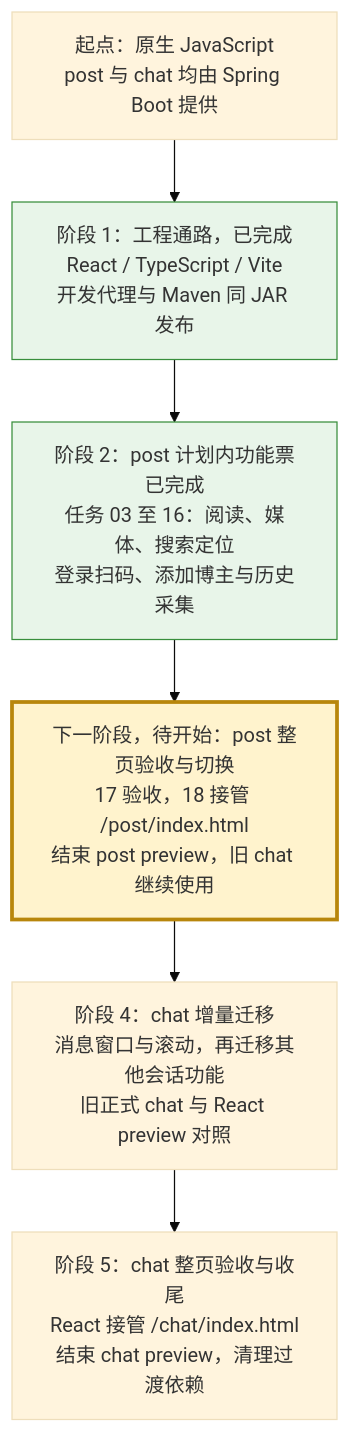
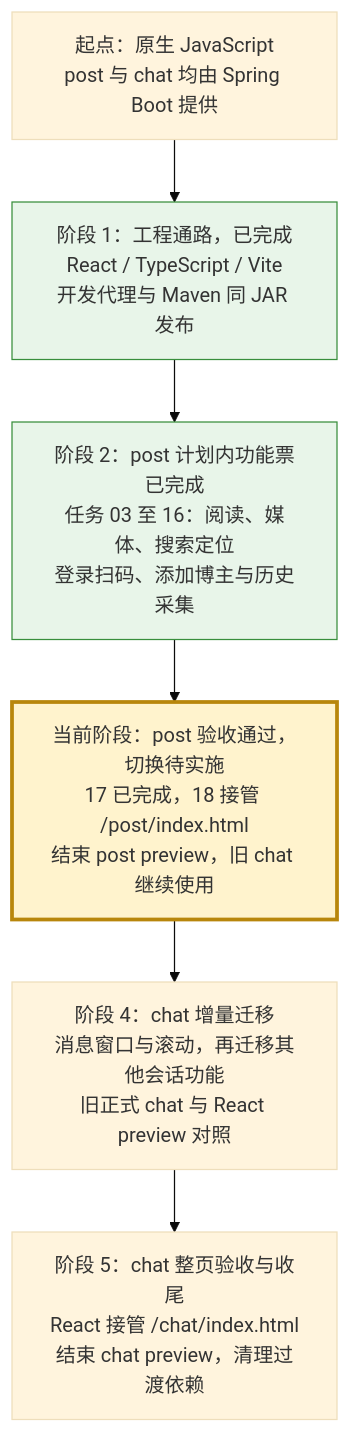
One commit to findxyz/vb-weibo-plus changed the diagram in .scratch/react-migration/PLAN.md. Above: the diagram before and after it, drawn with Mermaid (base theme). The commit also changed other lines of this file and 4 other files, not shown here.

````diff
--- a/.scratch/react-migration/PLAN.md
+++ b/.scratch/react-migration/PLAN.md
@@ -11,14 +13,14 @@
 ```mermaid
 flowchart TD
     A["起点：原生 JavaScript<br/>post 与 chat 均由 Spring Boot 提供"]
     B["阶段 1：工程通路，已完成<br/>React / TypeScript / Vite<br/>开发代理与 Maven 同 JAR 发布"]
     C["阶段 2：post 计划内功能票已完成<br/>任务 03 至 16：阅读、媒体、搜索定位<br/>登录扫码、添加博主与历史采集"]
-    D["下一阶段，待开始：post 整页验收与切换<br/>17 验收，18 接管 /post/index.html<br/>结束 post preview，旧 chat 继续使用"]
+    D["当前阶段：post 验收通过，切换待实施<br/>17 已完成，18 接管 /post/index.html<br/>结束 post preview，旧 chat 继续使用"]
     E["阶段 4：chat 增量迁移<br/>消息窗口与滚动，再迁移其他会话功能<br/>旧正式 chat 与 React preview 对照"]
     F["阶段 5：chat 整页验收与收尾<br/>React 接管 /chat/index.html<br/>结束 chat preview，清理过渡依赖"]
     A --> B --> C --> D --> E --> F
     classDef complete fill:#e8f5e9,stroke:#388e3c
     classDef current fill:#fff3cd,stroke:#b8860b,stroke-width:3px
     class B,C complete
     class D current
 ```
````
